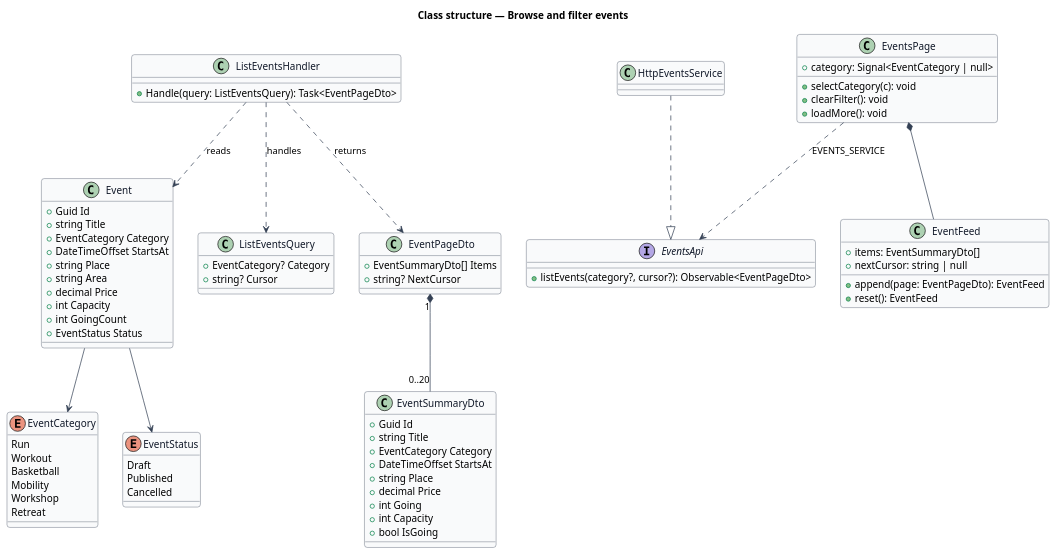
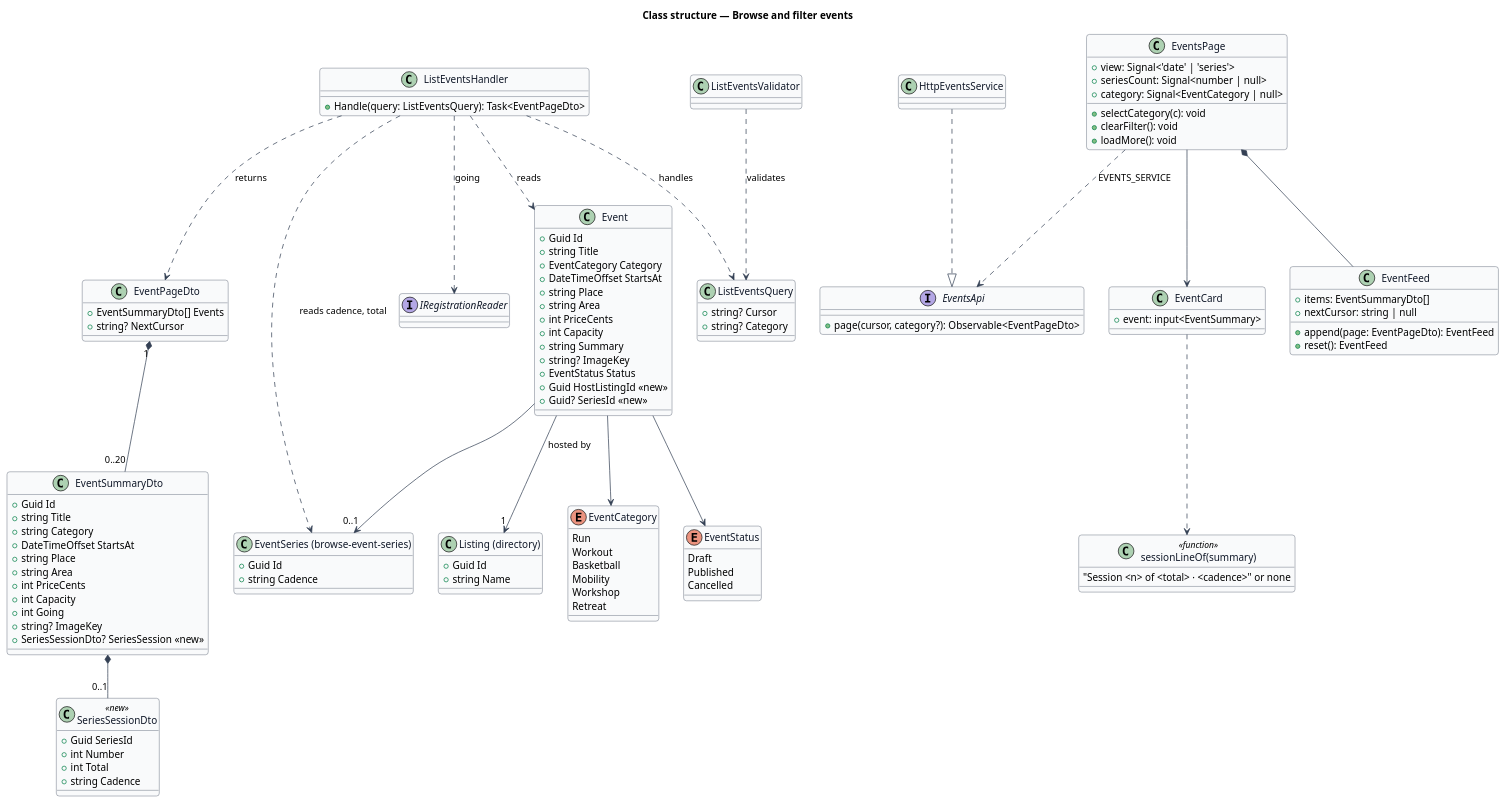
One commit to QuinntyneBrown/christian-fitness changed the diagram in docs/detailed-designs/events/browse-events/diagrams/class.puml. Above: the diagram before and after it, drawn with PlantUML. The commit also changed 84 other files, not shown here.

```diff
--- a/docs/detailed-designs/events/browse-events/diagrams/class.puml
+++ b/docs/detailed-designs/events/browse-events/diagrams/class.puml
@@ -1,86 +1,123 @@
 @startuml
 skinparam backgroundColor #FFFFFF
 skinparam shadowing false
 skinparam roundcorner 8
 skinparam defaultFontName Arial
 skinparam ArrowColor #344054
 skinparam class {
   BorderColor #344054
   FontColor #101828
   BackgroundColor #F9FAFB
 }
 title Class structure — Browse and filter events
 
 enum EventCategory {
   Run
   Workout
   Basketball
   Mobility
   Workshop
   Retreat
 }
 enum EventStatus {
   Draft
   Published
   Cancelled
 }
 class Event {
   +Guid Id
   +string Title
   +EventCategory Category
   +DateTimeOffset StartsAt
   +string Place
   +string Area
-  +decimal Price
+  +int PriceCents
   +int Capacity
-  +int GoingCount
+  +string Summary
+  +string? ImageKey
   +EventStatus Status
+  +Guid HostListingId <<new>>
+  +Guid? SeriesId <<new>>
+}
+class "EventSeries (browse-event-series)" as EventSeries {
+  +Guid Id
+  +string Cadence
+}
+class "Listing (directory)" as Listing {
+  +Guid Id
+  +string Name
 }
 class ListEventsQuery {
-  +EventCategory? Category
   +string? Cursor
+  +string? Category
 }
+class ListEventsValidator
 class ListEventsHandler {
   +Handle(query: ListEventsQuery): Task<EventPageDto>
 }
 class EventPageDto {
-  +EventSummaryDto[] Items
+  +EventSummaryDto[] Events
   +string? NextCursor
 }
 class EventSummaryDto {
   +Guid Id
   +string Title
-  +EventCategory Category
+  +string Category
   +DateTimeOffset StartsAt
   +string Place
-  +decimal Price
+  +string Area
+  +int PriceCents
+  +int Capacity
   +int Going
-  +int Capacity
-  +bool IsGoing
+  +string? ImageKey
+  +SeriesSessionDto? SeriesSession <<new>>
+}
+class SeriesSessionDto <<new>> {
+  +Guid SeriesId
+  +int Number
+  +int Total
+  +string Cadence
 }
 interface EventsApi {
-  +listEvents(category?, cursor?): Observable<EventPageDto>
+  +page(cursor, category?): Observable<EventPageDto>
+}
+interface IRegistrationReader
+class "sessionLineOf(summary)" as sessionLine <<function>> {
+  "Session <n> of <total> · <cadence>" or none
+}
+class EventCard {
+  +event: input<EventSummary>
 }
 class HttpEventsService
 class EventsPage {
+  +view: Signal<'date' | 'series'>
+  +seriesCount: Signal<number | null>
   +category: Signal<EventCategory | null>
   +selectCategory(c): void
   +clearFilter(): void
   +loadMore(): void
 }
 class EventFeed {
   +items: EventSummaryDto[]
   +nextCursor: string | null
   +append(page: EventPageDto): EventFeed
   +reset(): EventFeed
 }
 HttpEventsService ..|> EventsApi
 EventsPage ..> EventsApi : EVENTS_SERVICE
 EventsPage *-- EventFeed
 ListEventsHandler ..> ListEventsQuery : handles
 ListEventsHandler ..> Event : reads
+ListEventsHandler ..> EventSeries : reads cadence, total
+ListEventsHandler ..> IRegistrationReader : going
+ListEventsValidator ..> ListEventsQuery : validates
+EventSummaryDto *-- "0..1" SeriesSessionDto
+Event --> "0..1" EventSeries
+Event --> "1" Listing : hosted by
+EventsPage --> EventCard
+EventCard ..> sessionLine
 ListEventsHandler ..> EventPageDto : returns
 EventPageDto "1" *-- "0..20" EventSummaryDto
 Event --> EventCategory
 Event --> EventStatus
 @enduml
```
